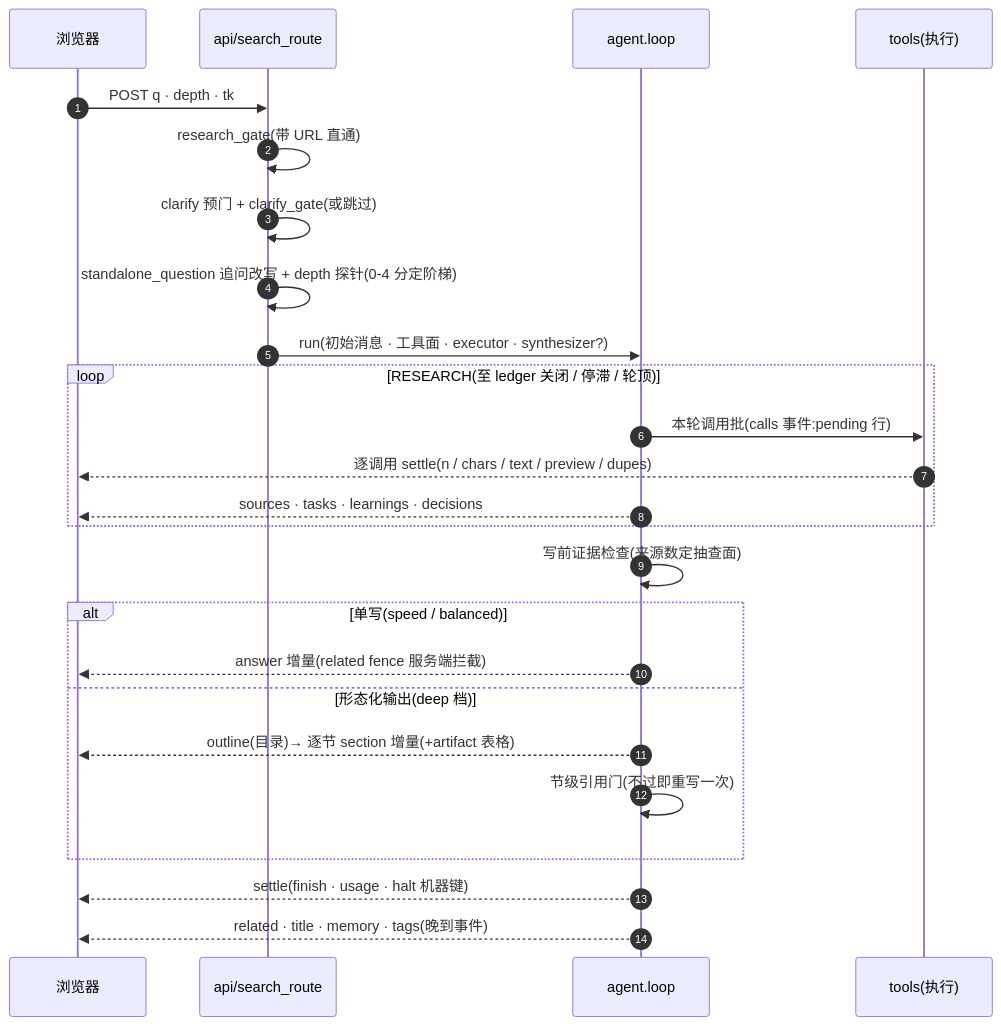
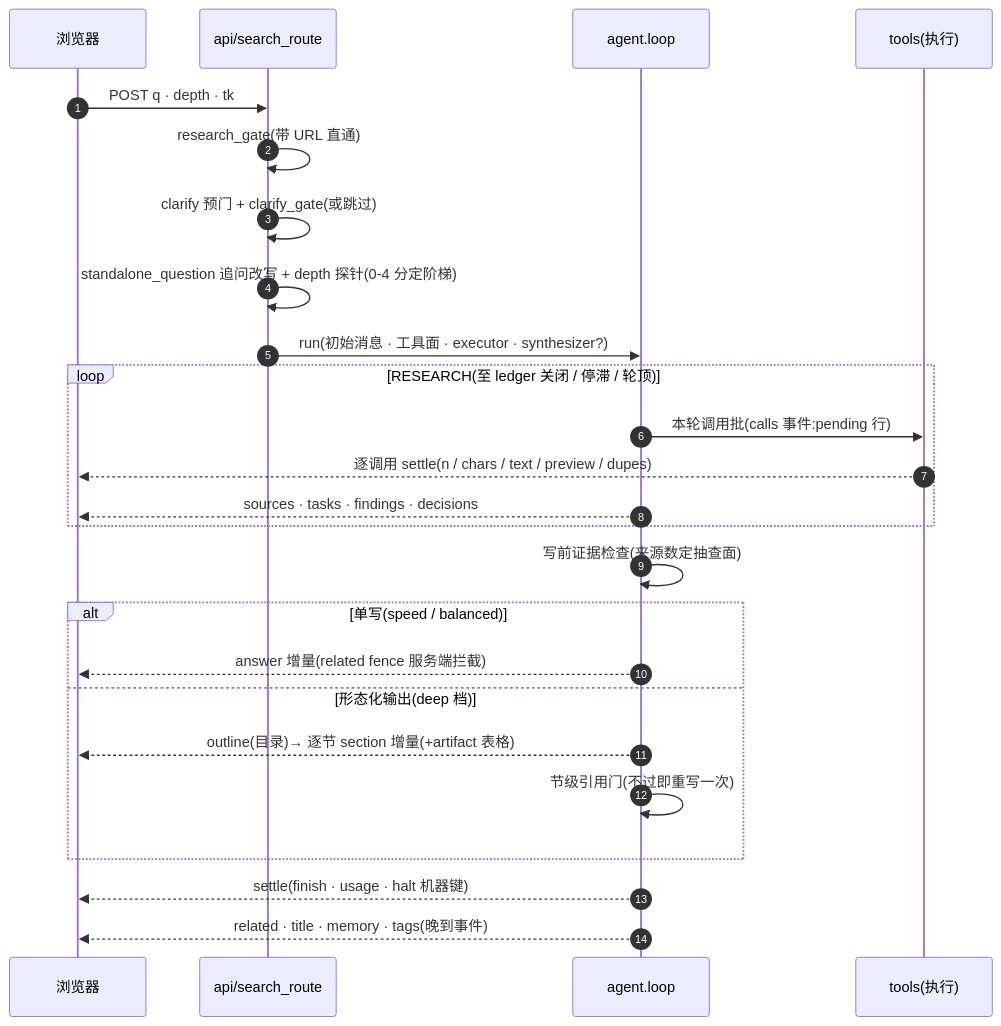
One commit to hezhijie0327/ZJSearch changed the second of 5 diagrams in NEXTGEN-DESIGN.md. Above: the diagram before and after it, drawn with Mermaid. The commit also changed other lines of this file and 79 other files, not shown here.

````diff
--- a/NEXTGEN-DESIGN.md
+++ b/NEXTGEN-DESIGN.md
@@ -260,27 +261,27 @@
 ```mermaid
 sequenceDiagram
   autonumber
   participant C as 浏览器
   participant R as api/search_route
   participant L as agent.loop
   participant X as tools(执行)
   C->>R: POST q · depth · tk
   R->>R: research_gate(带 URL 直通)
   R->>R: clarify 预门 + clarify_gate(或跳过)
   R->>R: standalone_question 追问改写 + depth 探针(0-4 分定阶梯)
   R->>L: run(初始消息 · 工具面 · executor · synthesizer?)
   loop RESEARCH(至 ledger 关闭 / 停滞 / 轮顶)
     L->>X: 本轮调用批(calls 事件:pending 行)
     X-->>C: 逐调用 settle(n / chars / text / preview / dupes)
-    L-->>C: sources · tasks · learnings · decisions
+    L-->>C: sources · tasks · findings · decisions
   end
   L->>L: 写前证据检查(来源数定抽查面)
   alt 单写(speed / balanced)
     L-->>C: answer 增量(related fence 服务端拦截)
   else 形态化输出(deep 档)
     L-->>C: outline(目录)→ 逐节 section 增量(+artifact 表格)
     L->>L: 节级引用门(不过即重写一次)
   end
   L-->>C: settle(finish · usage · halt 机器键)
   L-->>C: related · title · memory · tags(晚到事件)
 ```
````
